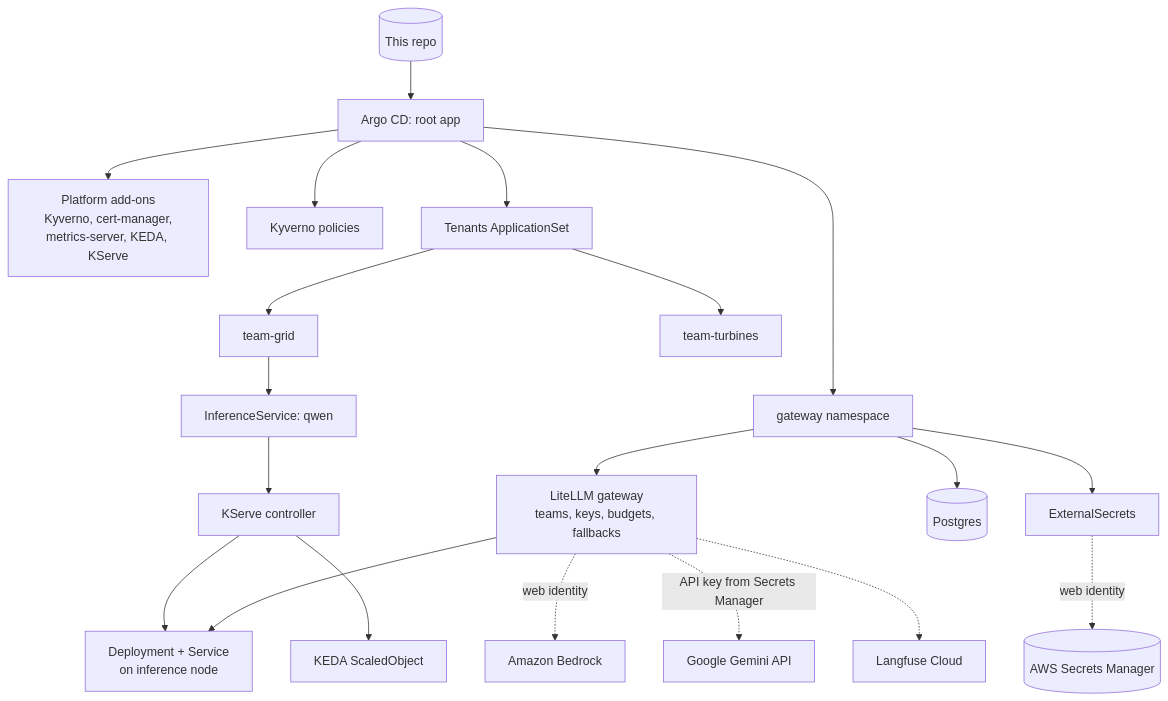
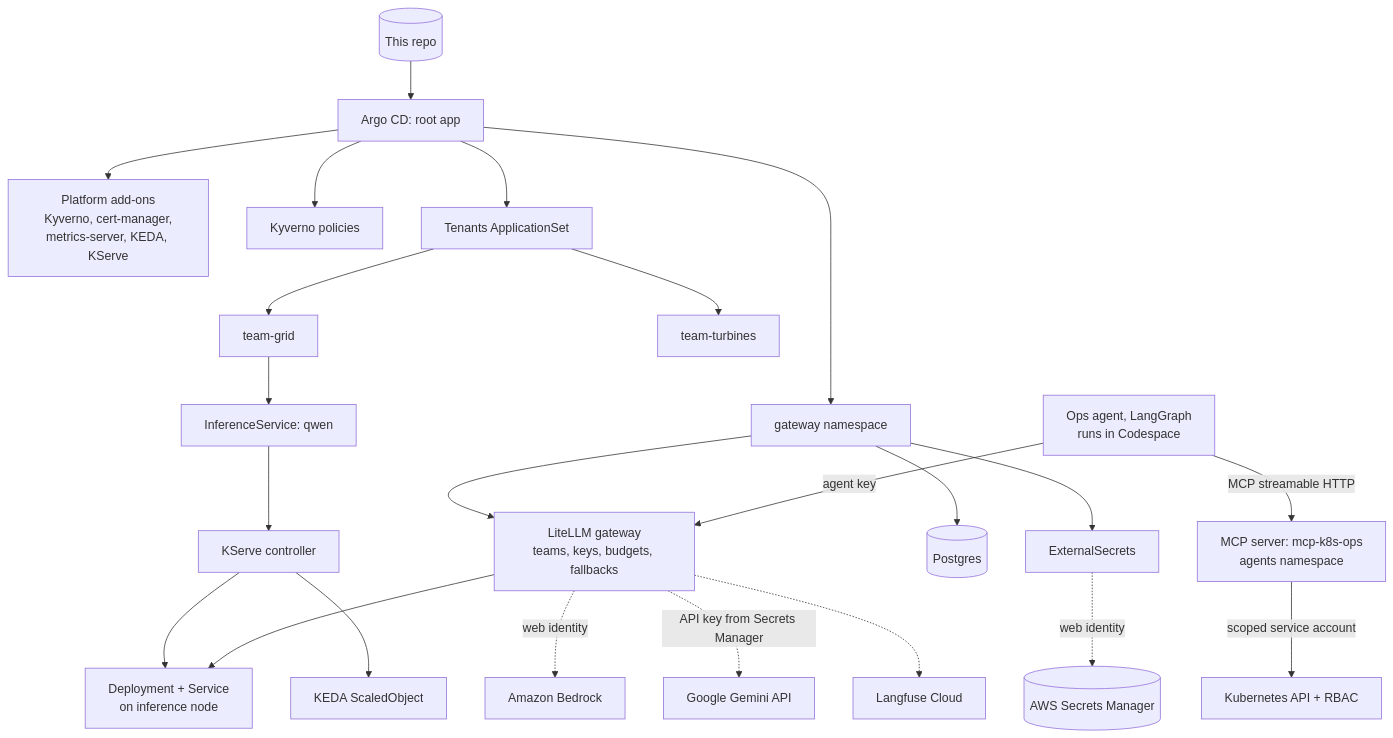
One commit to agangwar07/mini-ai-platform changed the diagram in README.md. Above: the diagram before and after it, drawn with Mermaid. The commit also changed other lines of this file, not shown here.

````diff
--- a/README.md
+++ b/README.md
@@ -21,22 +21,25 @@
 ```mermaid
 flowchart TD
     Git[(This repo)] --> Root[Argo CD: root app]
     Root --> Addons[Platform add-ons<br/>Kyverno, cert-manager,<br/>metrics-server, KEDA, KServe]
     Root --> Policies[Kyverno policies]
     Root --> AppSet[Tenants ApplicationSet]
     AppSet --> Grid[team-grid]
     AppSet --> Turbines[team-turbines]
     Grid --> ISVC[InferenceService: qwen]
     ISVC --> KServe[KServe controller]
     KServe --> Deploy[Deployment + Service<br/>on inference node]
     KServe --> SO[KEDA ScaledObject]
     Root --> GW[gateway namespace]
     GW --> LiteLLM[LiteLLM gateway<br/>teams, keys, budgets, fallbacks]
     GW --> PG[(Postgres)]
     GW --> ESO[ExternalSecrets]
     ESO -.->|web identity| SM[(AWS Secrets Manager)]
     LiteLLM --> Deploy
     LiteLLM -.->|web identity| Bedrock[Amazon Bedrock]
     LiteLLM -.->|API key from Secrets Manager| Gemini[Google Gemini API]
     LiteLLM -.-> Langfuse[Langfuse Cloud]
+    Agent[Ops agent, LangGraph<br/>runs in Codespace] -->|agent key| LiteLLM
+    Agent -->|MCP streamable HTTP| MCP[MCP server: mcp-k8s-ops<br/>agents namespace]
+    MCP -->|scoped service account| K8sAPI[Kubernetes API + RBAC]
 ```
````
